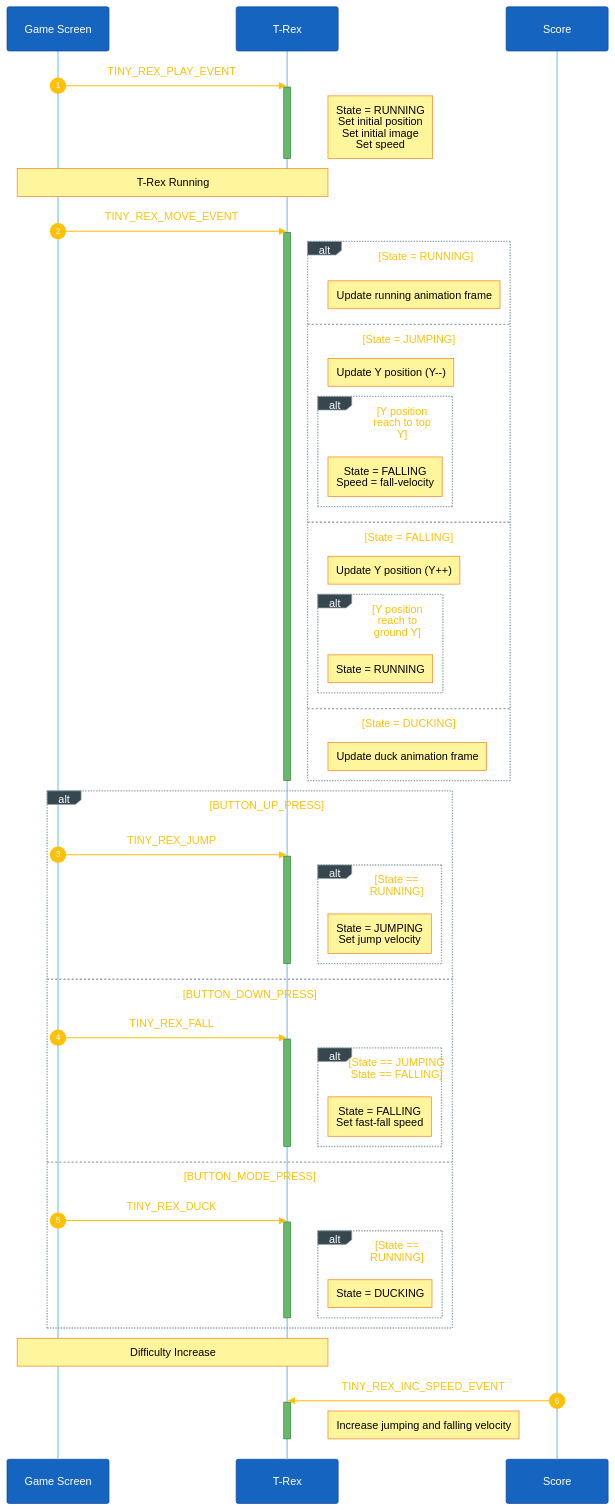
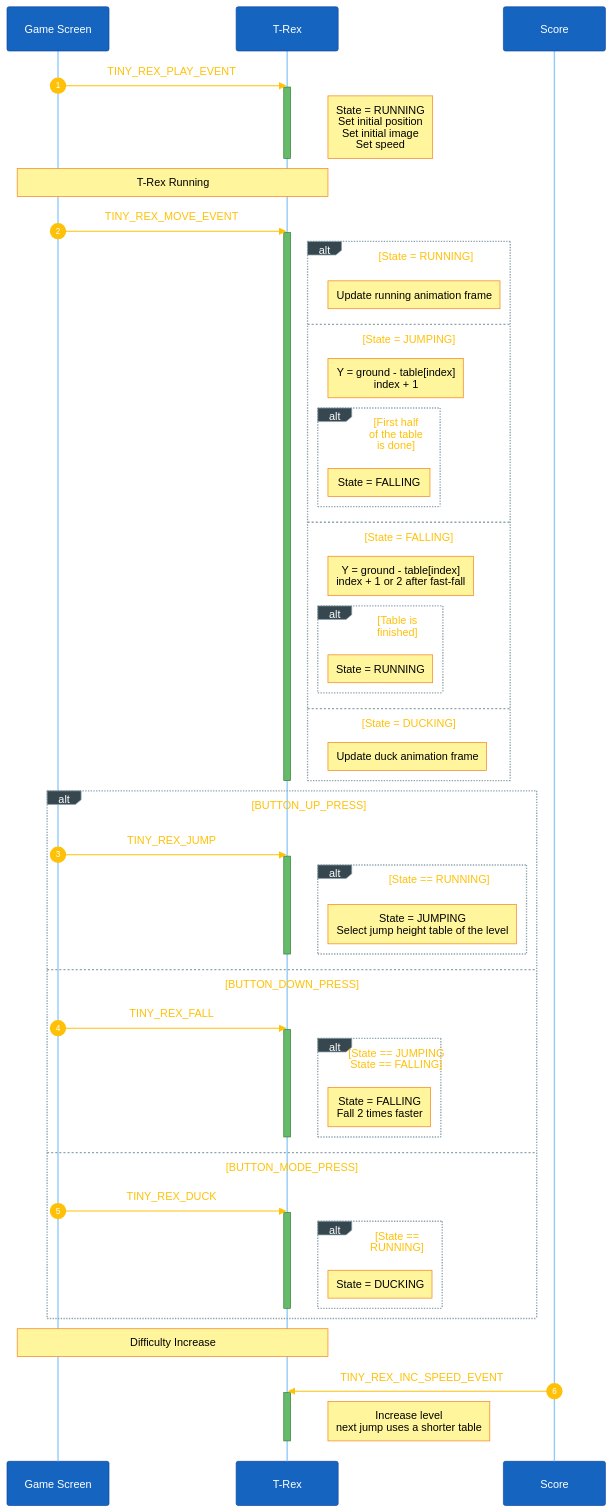
Before and after one commit to truongvanvuembedded/Tiny-Rex: the first of 4 diagrams in resource/guide/03-design-sequence-object.md, drawn with Mermaid. The commit also changed other lines of this file and 5 other files, not shown here.

First line of the commit message:
[UPDATE] smooth T-Rex jump per level, start at L1, level up every 200 points

````diff
--- a/resource/guide/03-design-sequence-object.md
+++ b/resource/guide/03-design-sequence-object.md
@@ -42,81 +44,81 @@
 ```mermaid
 %%{init: {'theme':'base','themeVariables':{'fontSize':'18px','primaryColor':'#1565c0','primaryTextColor':'#ffffff','primaryBorderColor':'#0d47a1','lineColor':'#90a4ae','signalColor':'#ffc107','signalTextColor':'#ffc107','actorBkg':'#1565c0','actorBorder':'#0d47a1','actorTextColor':'#ffffff','actorLineColor':'#90caf9','noteBkgColor':'#fff59d','noteTextColor':'#000000','noteBorderColor':'#f57f17','activationBkgColor':'#66bb6a','activationBorderColor':'#2e7d32','sequenceNumberColor':'#ffffff','loopTextColor':'#ffc107','labelBoxBkgColor':'#37474f','labelBoxBorderColor':'#90a4ae','labelTextColor':'#ffffff'},'sequence':{'actorMargin':120,'messageFontSize':17,'noteFontSize':15,'actorFontSize':17,'boxMargin':15,'boxTextMargin':8,'noteMargin':12,'useMaxWidth':false}}}%%
 sequenceDiagram
     autonumber
 
     participant Scr as Game Screen
     participant Rex as T-Rex
     participant Score as Score
 
     %% ==================================================
     %% T-Rex setup
     %% ==================================================
 
     Scr->>Rex: TINY_REX_PLAY_EVENT
     activate Rex
     Note right of Rex: State = RUNNING<br/>Set initial position<br/>Set initial image<br/>Set speed
     deactivate Rex
 
     %% ==================================================
     %% T-Rex Running
     %% ==================================================
     Note over Scr,Rex: T-Rex Running
 
     Scr->>Rex: TINY_REX_MOVE_EVENT
     activate Rex
 
     alt State = RUNNING
         Note right of Rex: Update running animation frame
     else State = JUMPING
-        Note right of Rex: Update Y position (Y--)
-        alt Y position reach to top Y
-            Note right of Rex: State = FALLING <br/> Speed = fall-velocity
+        Note right of Rex: Y = ground - table[index] <br/> index + 1
+        alt First half of the table is done
+            Note right of Rex: State = FALLING
         end
     else State = FALLING
-        Note right of Rex: Update Y position (Y++)
-        alt Y position reach to ground Y
+        Note right of Rex: Y = ground - table[index] <br/> index + 1 or 2 after fast-fall
+        alt Table is finished
             Note right of Rex: State = RUNNING
         end
     else State = DUCKING
         Note right of Rex: Update duck animation frame
     end
     deactivate Rex
 
     %% ==================================================
     %% Button Control
     %% ==================================================
     alt BUTTON_UP_PRESS
         Scr->>Rex: TINY_REX_JUMP
         activate Rex
         alt State == RUNNING
-            Note right of Rex: State = JUMPING <br/> Set jump velocity
+            Note right of Rex: State = JUMPING <br/> Select jump height table of the level
         end
         deactivate Rex
 
     else BUTTON_DOWN_PRESS
         Scr->>Rex: TINY_REX_FALL
         activate Rex
         alt State == JUMPING <br/> State == FALLING
-            Note right of Rex: State = FALLING <br/> Set fast-fall speed
+            Note right of Rex: State = FALLING <br/> Fall 2 times faster
         end
         deactivate Rex
 
     else BUTTON_MODE_PRESS
         Scr->>Rex: TINY_REX_DUCK
         activate Rex
         alt State == RUNNING
             Note right of Rex: State = DUCKING
         end
         deactivate Rex
     end
 
     %% ==================================================
     %% Speed Increase
     %% ==================================================
     Note over Scr,Rex: Difficulty Increase
 
     Score->>Rex: TINY_REX_INC_SPEED_EVENT
     activate Rex
-    Note right of Rex: Increase jumping and falling velocity
+    Note right of Rex: Increase level <br/> next jump uses a shorter table
     deactivate Rex
 ```
````
